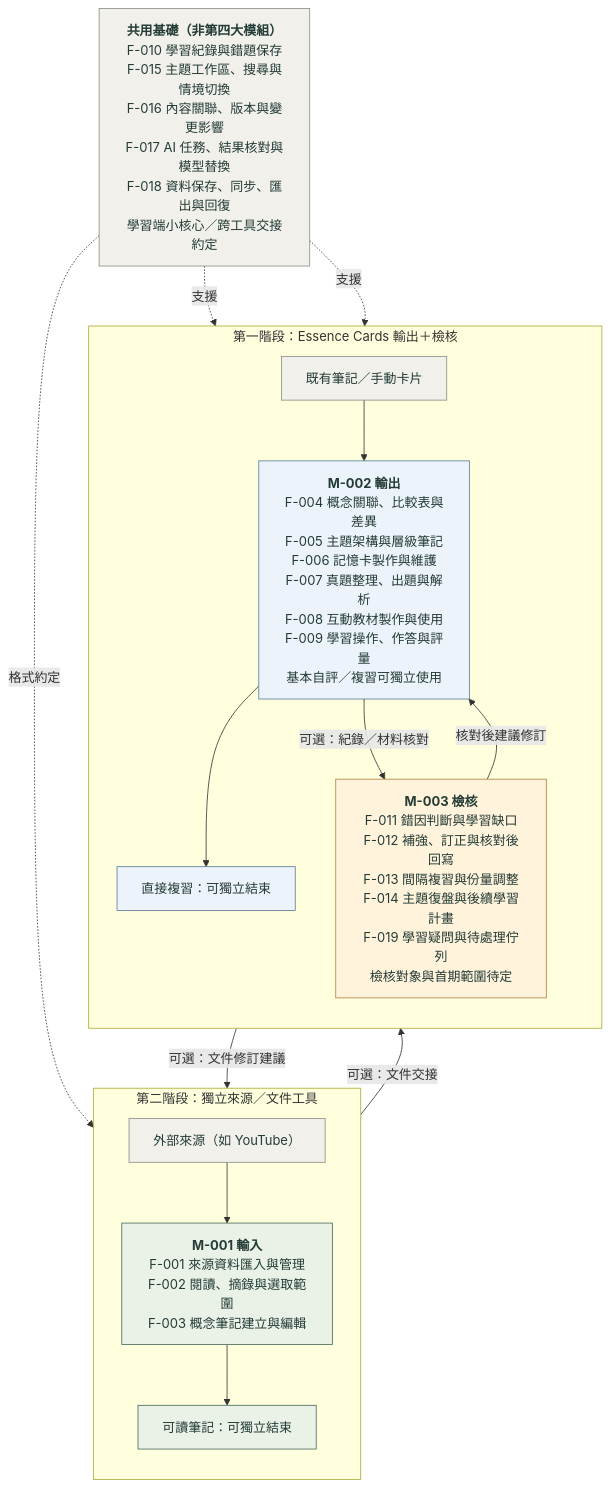
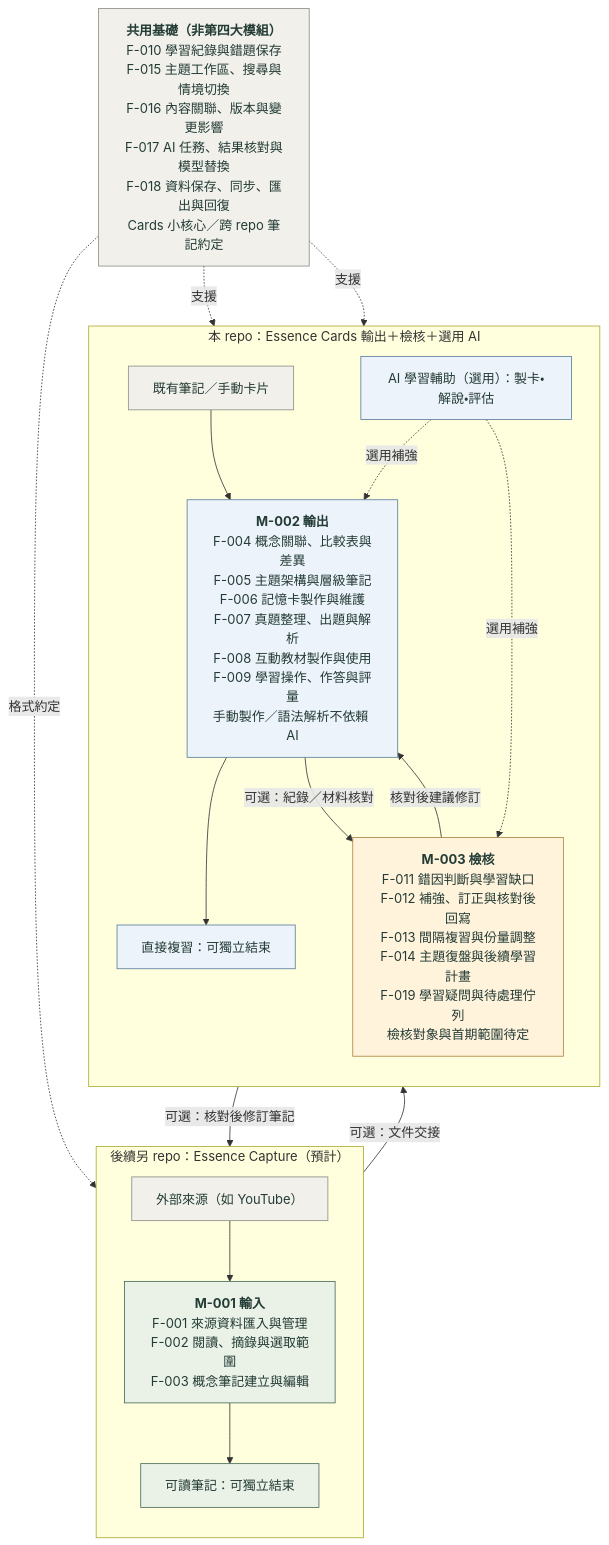
One commit to kuohappiness/Essence-Cards changed the diagram in docs/diagrams/functions.md. Above: the diagram before and after it, drawn with Mermaid. The commit also changed other lines of this file and 28 other files, not shown here.

Commit message:
docs: scope Cards learning and future Capture input

````diff
--- a/docs/diagrams/functions.md
+++ b/docs/diagrams/functions.md
@@ -11,59 +11,63 @@
 ```mermaid
 flowchart TD
   %% 自動產生；名稱來自功能目錄，責任候選映射與箭頭由設計者核對。
-  subgraph phase2["第二階段：獨立來源／文件工具"]
+  subgraph phase2["後續另 repo：Essence Capture（預計）"]
     direction TD
     sources["外部來源（如 YouTube）"]
     input["`**M-001 輸入**
 F-001 來源資料匯入與管理
 F-002 閱讀、摘錄與選取範圍
 F-003 概念筆記建立與編輯`"]
     notes["可讀筆記：可獨立結束"]
     sources --> input
     input --> notes
   end
-  subgraph phase1["第一階段：Essence Cards 輸出＋檢核"]
+  subgraph phase1["本 repo：Essence Cards 輸出＋檢核＋選用 AI"]
     direction TD
     cards["既有筆記／手動卡片"]
     output["`**M-002 輸出**
 F-004 概念關聯、比較表與差異
 F-005 主題架構與層級筆記
 F-006 記憶卡製作與維護
 F-007 真題整理、出題與解析
 F-008 互動教材製作與使用
 F-009 學習操作、作答與評量
-基本自評／複習可獨立使用`"]
+手動製作／語法解析不依賴 AI`"]
     review["直接複習：可獨立結束"]
     check["`**M-003 檢核**
 F-011 錯因判斷與學習缺口
 F-012 補強、訂正與核對後回寫
 F-013 間隔複習與份量調整
 F-014 主題復盤與後續學習計畫
 F-019 學習疑問與待處理佇列
 檢核對象與首期範圍待定`"]
+    ai["AI 學習輔助（選用）：製卡・解說・評估"]
     cards --> output
     output --> review
     output -->|可選：紀錄／材料核對| check
     check -->|核對後建議修訂| output
+    ai -.->|選用補強| output
+    ai -.->|選用補強| check
   end
   shared["`**共用基礎（非第四大模組）**
 F-010 學習紀錄與錯題保存
 F-015 主題工作區、搜尋與情境切換
 F-016 內容關聯、版本與變更影響
 F-017 AI 任務、結果核對與模型替換
 F-018 資料保存、同步、匯出與回復
-學習端小核心／跨工具交接約定`"]
+Cards 小核心／跨 repo 筆記約定`"]
   notes -->|可選：文件交接| output
-  check -->|可選：文件修訂建議| input
+  check -->|可選：核對後修訂筆記| notes
   shared -.->|格式約定| input
   shared -.->|支援| output
   shared -.->|支援| check
   classDef knowledge fill:#eaf2e8,stroke:#446957,color:#243c36
   classDef learning fill:#edf3fa,stroke:#597b9a,color:#243c36
   classDef revision fill:#fff3dc,stroke:#ad8140,color:#243c36
   classDef support fill:#f1f0eb,stroke:#898e84,color:#243c36
   class input,notes knowledge
   class output,review learning
   class check revision
   class shared,sources,cards support
+  class ai learning
 ```
````
